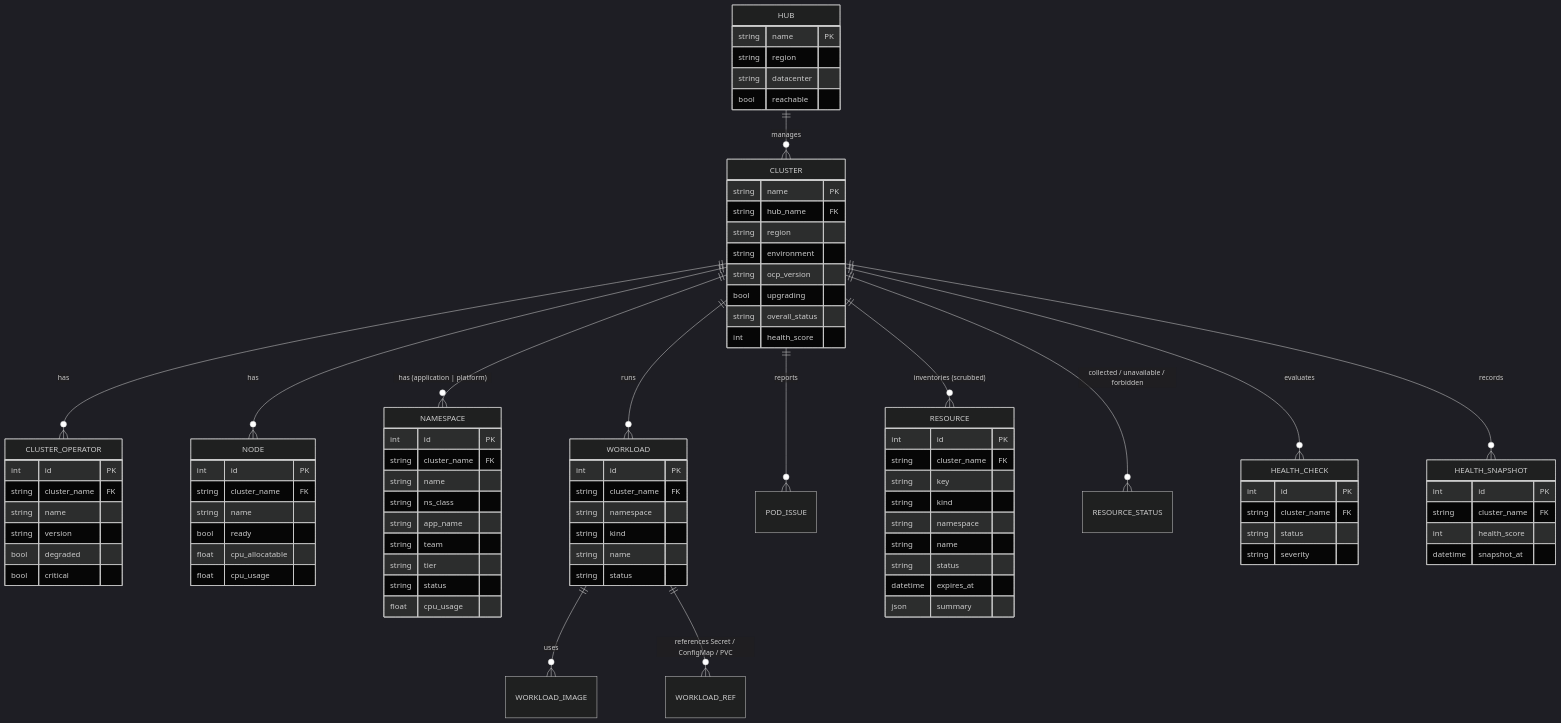
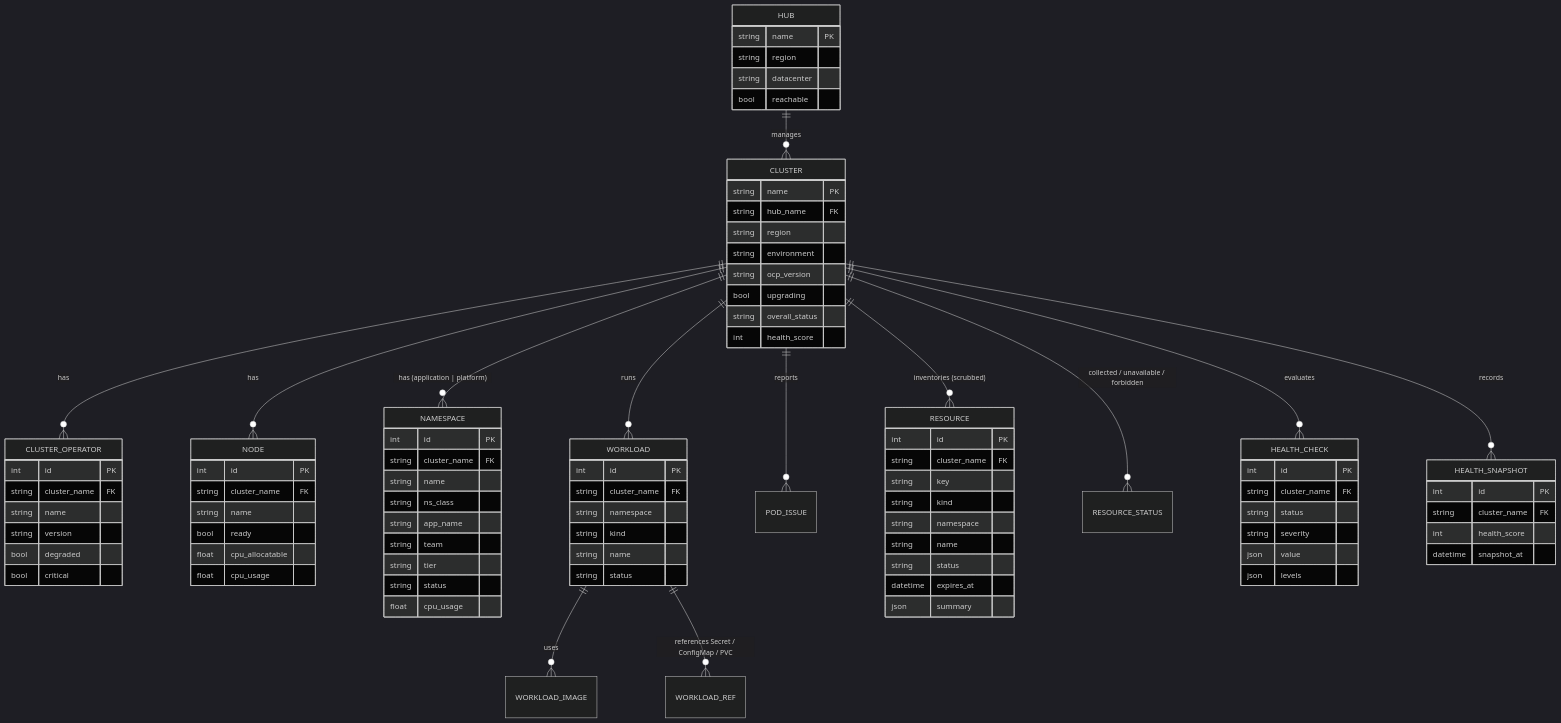
Before and after one commit to aasthapit/Operations-Data-Layer: the fourth of 6 diagrams in docs/architecture.md, drawn with Mermaid (dark theme). The commit also changed other lines of this file and 14 other files, not shown here.

```diff
--- a/docs/architecture.md
+++ b/docs/architecture.md
@@ -236,6 +240,8 @@
     string cluster_name FK
     string status
     string severity
+    json value
+    json levels
   }
   HEALTH_SNAPSHOT {
     int id PK
```
